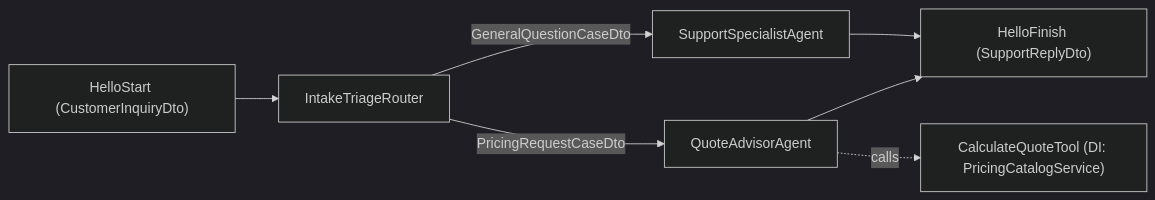
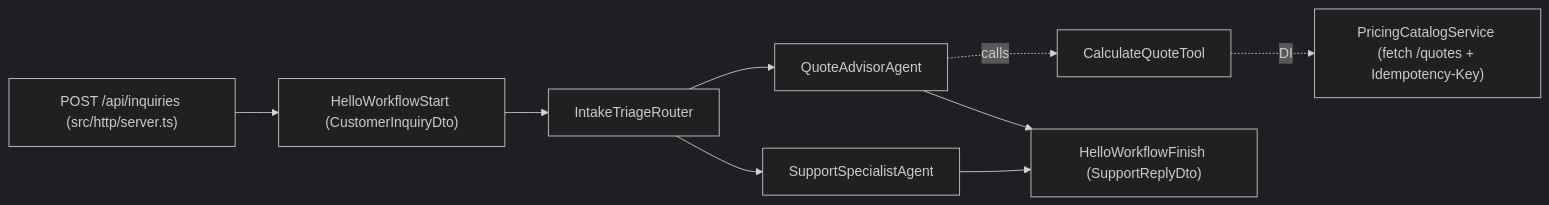
Before and after one commit to agbossjs/agboss-examples: the diagram in 01-hello-agboss/README.md, drawn with Mermaid (dark theme). The commit also changed other lines of this file and 413 other files, not shown here.

Commit message:
feat: implement canonical workflow folder layout, symmetric Spring-style tests, compact eval baselines, real HTTP services & servers, in-memory RAG, clear multi-service mesh, and side-by-side LangGraph migration

````diff
--- a/01-hello-agboss/README.md
+++ b/01-hello-agboss/README.md
@@ -23,9 +71,11 @@
 ```mermaid
 flowchart LR
-    Start["HelloStart (CustomerInquiryDto)"] --> Router["IntakeTriageRouter"]
-    Router -- "GeneralQuestionCaseDto" --> Support["SupportSpecialistAgent"]
-    Router -- "PricingRequestCaseDto" --> Quote["QuoteAdvisorAgent"]
-    Quote -. "calls" .-> Tool["CalculateQuoteTool (DI: PricingCatalogService)"]
-    Support --> Finish["HelloFinish (SupportReplyDto)"]
+    HTTP["POST /api/inquiries (src/http/server.ts)"] --> Start["HelloWorkflowStart (CustomerInquiryDto)"]
+    Start --> Router["IntakeTriageRouter"]
+    Router --> Support["SupportSpecialistAgent"]
+    Router --> Quote["QuoteAdvisorAgent"]
+    Quote -. "calls" .-> Tool["CalculateQuoteTool"]
+    Tool -. "DI" .-> Service["PricingCatalogService (fetch /quotes + Idempotency-Key)"]
+    Support --> Finish["HelloWorkflowFinish (SupportReplyDto)"]
     Quote --> Finish
 ```
````
